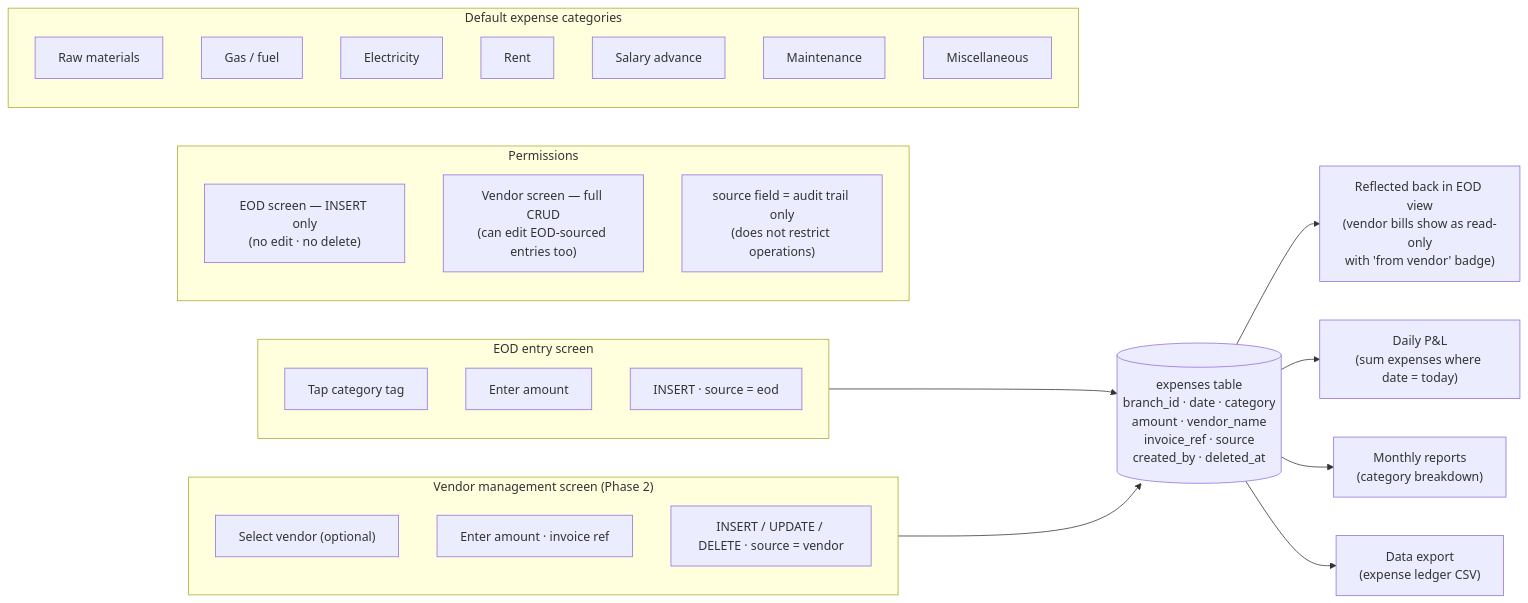
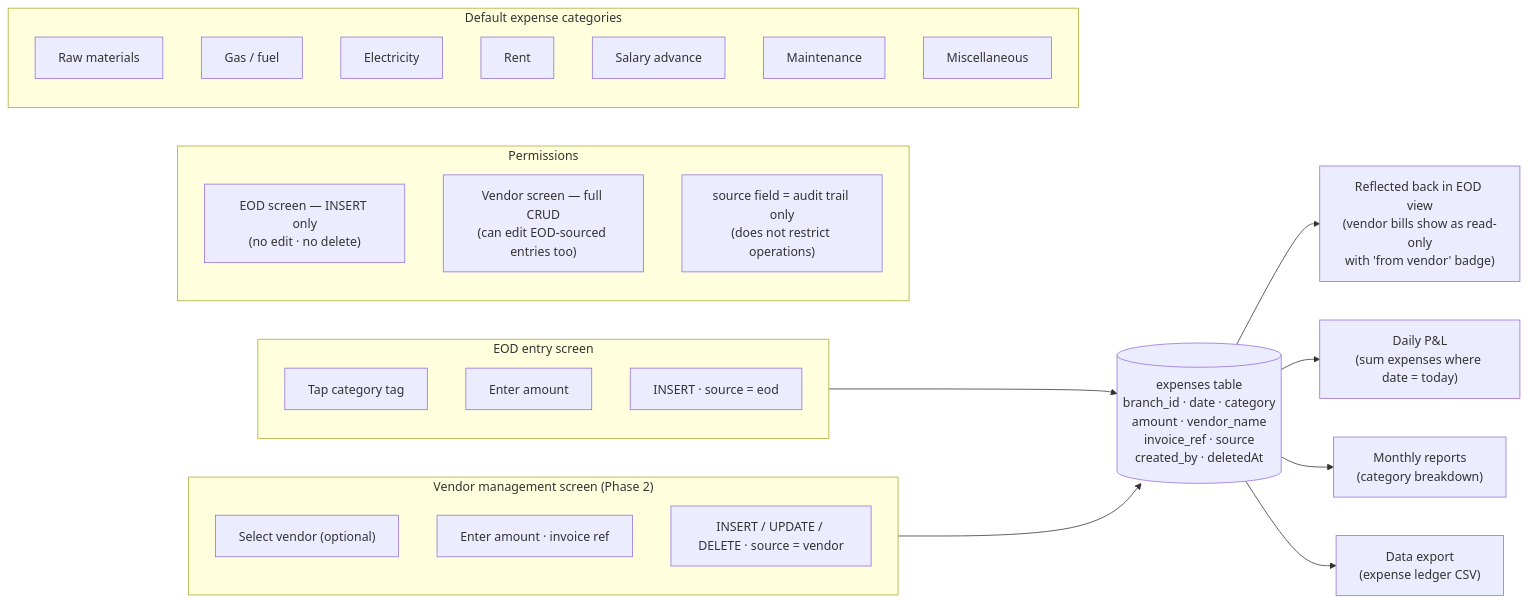
Before and after one commit to AbhishekS-381/Sree-Vaishnaves-Management: the eighth of 14 diagrams in Documentations/MODULE-MAPS.md, drawn with Mermaid. The commit also changed other lines of this file and 49 other files, not shown here.

````diff
--- a/Documentations/MODULE-MAPS.md
+++ b/Documentations/MODULE-MAPS.md
@@ -391,40 +391,40 @@
 ```mermaid
 flowchart LR
   subgraph ENTRY_EOD["EOD entry screen"]
     E1["Tap category tag"]
     E2["Enter amount"]
     E3["INSERT · source = eod"]
   end
 
   subgraph ENTRY_VEN["Vendor management screen (Phase 2)"]
     V1["Select vendor (optional)"]
     V2["Enter amount · invoice ref"]
     V3["INSERT / UPDATE / DELETE · source = vendor"]
   end
 
   ENTRY_EOD --> LEDGER
   ENTRY_VEN --> LEDGER
 
-  LEDGER[("expenses table\nbranch_id · date · category\namount · vendor_name\ninvoice_ref · source\ncreated_by · deleted_at")]
+  LEDGER[("expenses table\nbranch_id · date · category\namount · vendor_name\ninvoice_ref · source\ncreated_by · deletedAt")]
 
   LEDGER --> REFLECT["Reflected back in EOD view\n(vendor bills show as read-only\nwith 'from vendor' badge)"]
   LEDGER --> PL["Daily P&L\n(sum expenses where date = today)"]
   LEDGER --> MONTHLY["Monthly reports\n(category breakdown)"]
   LEDGER --> EXPORT["Data export\n(expense ledger CSV)"]
 
   subgraph PERMS["Permissions"]
     P1["EOD screen — INSERT only\n(no edit · no delete)"]
     P2["Vendor screen — full CRUD\n(can edit EOD-sourced entries too)"]
     P3["source field = audit trail only\n(does not restrict operations)"]
   end
 
   subgraph CATS["Default expense categories"]
     C1["Raw materials"]
     C2["Gas / fuel"]
     C3["Electricity"]
     C4["Rent"]
     C5["Salary advance"]
     C6["Maintenance"]
     C7["Miscellaneous"]
   end
 ```
````
